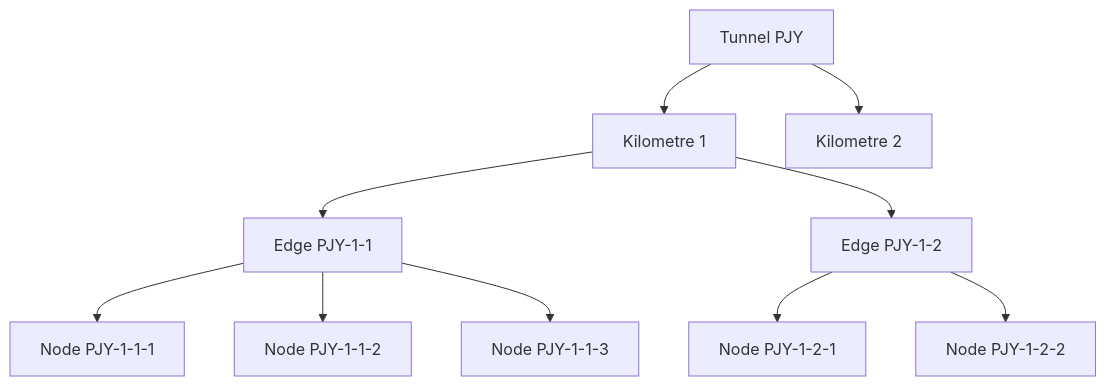
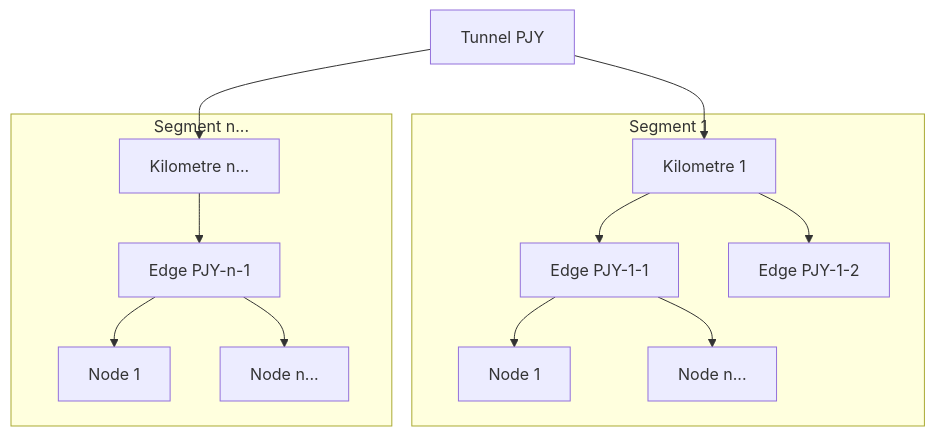
One commit to sam-harold/deepatmos-info changed the third of 5 diagrams in README.md. Above: the diagram before and after it, drawn with Mermaid. The commit also changed other lines of this file, not shown here.

````diff
--- a/README.md
+++ b/README.md
@@ -109,15 +110,19 @@
 ```mermaid
 graph TD
     T[Tunnel PJY] --> K1[Kilometre 1]
-    T --> K2[Kilometre 2]
+    T --> Kn[Kilometre n...]
 
-    K1 --> E11[Edge PJY-1-1]
-    K1 --> E12[Edge PJY-1-2]
+    subgraph "Segment 1"
+        K1 --> E11[Edge PJY-1-1]
+        K1 --> E12[Edge PJY-1-2]
+        
+        E11 --> N111[Node 1]
+        E11 --> N11n[Node n...]
+    end
 
-    E11 --> N111[Node PJY-1-1-1]
-    E11 --> N112[Node PJY-1-1-2]
-    E11 --> N113[Node PJY-1-1-3]
-
-    E12 --> N121[Node PJY-1-2-1]
-    E12 --> N122[Node PJY-1-2-2]
+    subgraph "Segment n..."
+        Kn --> En1[Edge PJY-n-1]
+        En1 --> Nn11[Node 1]
+        En1 --> Nn1n[Node n...]
+    end
 ```
````
